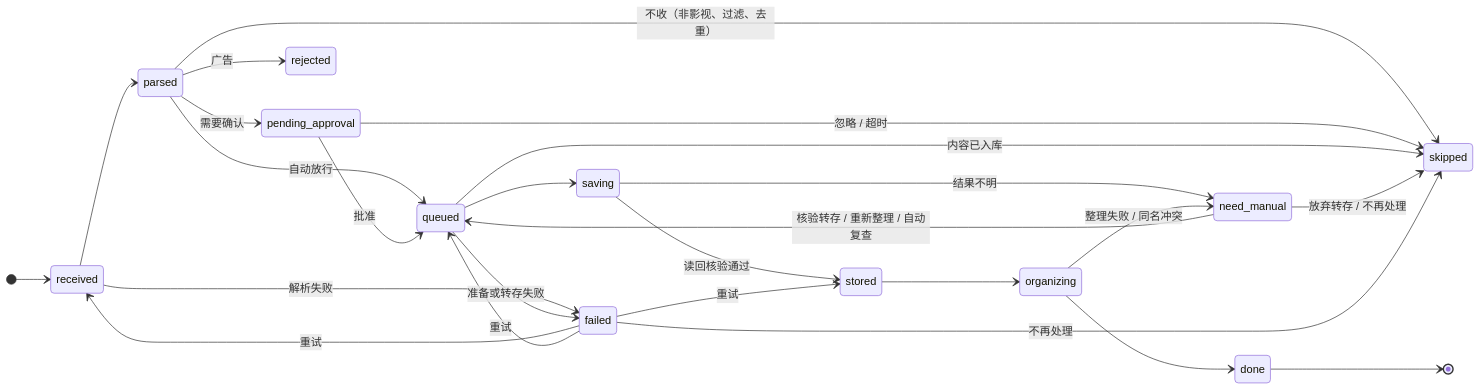
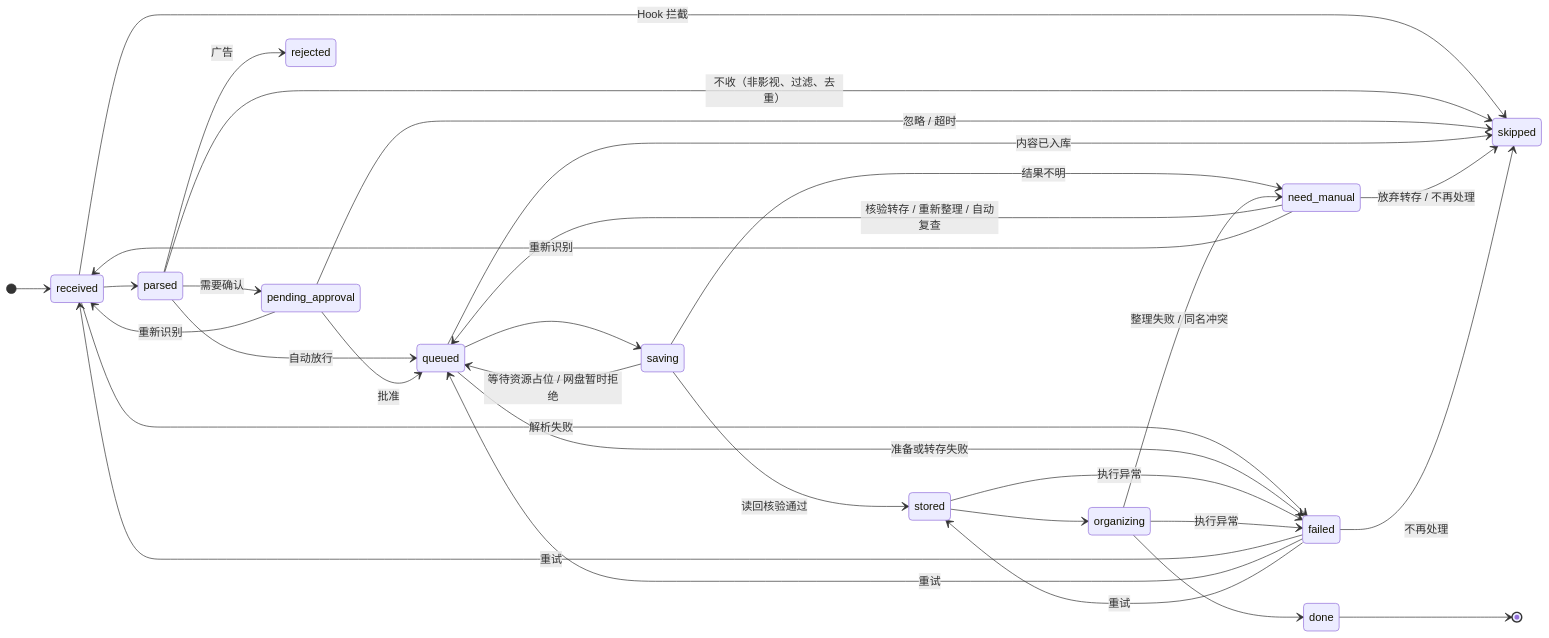
Before and after one commit to Derrors/reelay: the second of 2 diagrams in docs/architecture.md, drawn with Mermaid. The commit also changed other lines of this file and 25 other files, not shown here.

````diff
--- a/docs/architecture.md
+++ b/docs/architecture.md
@@ -38,28 +38,34 @@
 ```mermaid
 stateDiagram-v2
     direction LR
     [*] --> received
     received --> parsed
+    received --> skipped: Hook 拦截
     parsed --> pending_approval: 需要确认
     parsed --> queued: 自动放行
     parsed --> skipped: 不收（非影视、过滤、去重）
     parsed --> rejected: 广告
     pending_approval --> queued: 批准
     pending_approval --> skipped: 忽略 / 超时
+    pending_approval --> received: 重新识别
     queued --> saving
     queued --> skipped: 内容已入库
+    saving --> queued: 等待资源占位 / 网盘暂时拒绝
     saving --> stored: 读回核验通过
     saving --> need_manual: 结果不明
     stored --> organizing
     organizing --> done
     organizing --> need_manual: 整理失败 / 同名冲突
     need_manual --> queued: 核验转存 / 重新整理 / 自动复查
     need_manual --> skipped: 放弃转存 / 不再处理
+    need_manual --> received: 重新识别
     received --> failed: 解析失败
     queued --> failed: 准备或转存失败
+    stored --> failed: 执行异常
+    organizing --> failed: 执行异常
     failed --> received: 重试
     failed --> queued: 重试
     failed --> stored: 重试
     failed --> skipped: 不再处理
     done --> [*]
 ```
````
